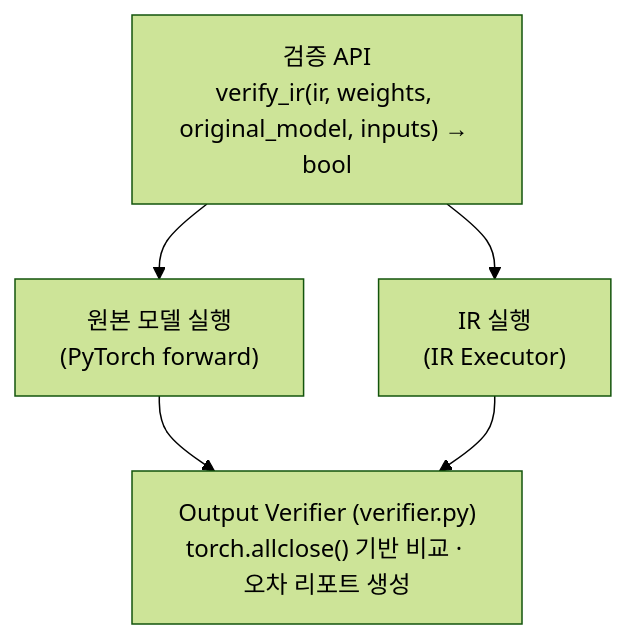
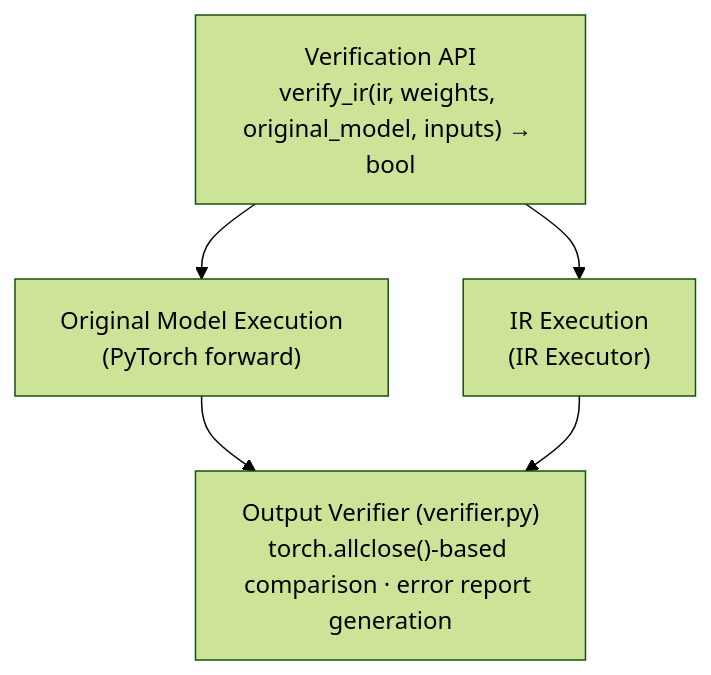
One commit to sweetcocoa/pytorch-ir changed the second of 2 diagrams in docs/concepts.md. Above: the diagram before and after it, drawn with Mermaid (forest theme). The commit also changed other lines of this file and 48 other files, not shown here.

First line of the commit message:
Fix Mermaid line breaks, switch default locale to English, eliminate autorefs warnings

````diff
--- a/docs/concepts.md
+++ b/docs/concepts.md
@@ -118,9 +118,9 @@
 ```mermaid
 flowchart TD
-    A["검증 API\nverify_ir(ir, weights, original_model, inputs) → bool"]
-    B["원본 모델 실행\n(PyTorch forward)"]
-    C["IR 실행\n(IR Executor)"]
-    D["Output Verifier (verifier.py)\ntorch.allclose() 기반 비교 · 오차 리포트 생성"]
+    A["Verification API<br/>verify_ir(ir, weights, original_model, inputs) → bool"]
+    B["Original Model Execution<br/>(PyTorch forward)"]
+    C["IR Execution<br/>(IR Executor)"]
+    D["Output Verifier (verifier.py)<br/>torch.allclose()-based comparison · error report generation"]
     A --> B & C
     B & C --> D
 ```
````
